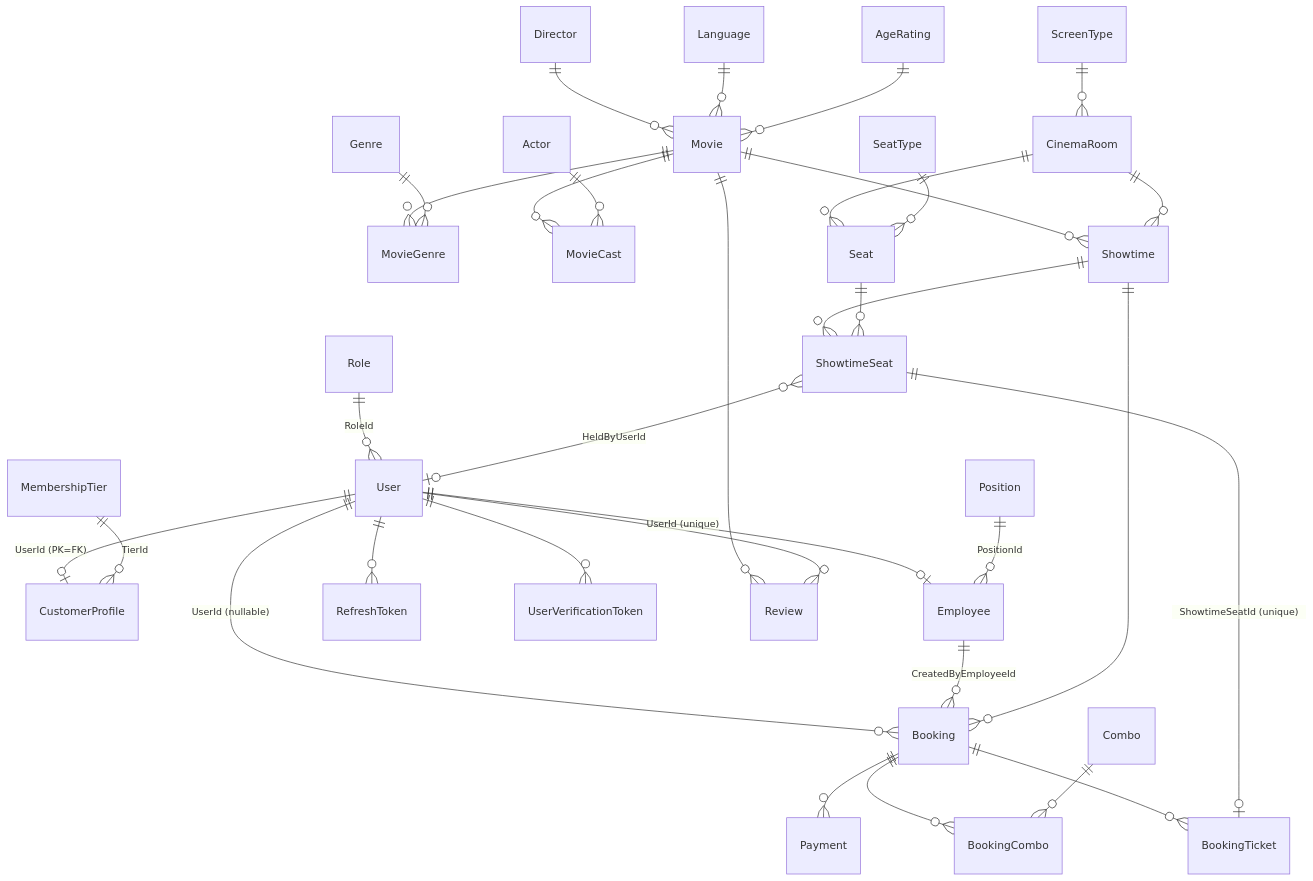
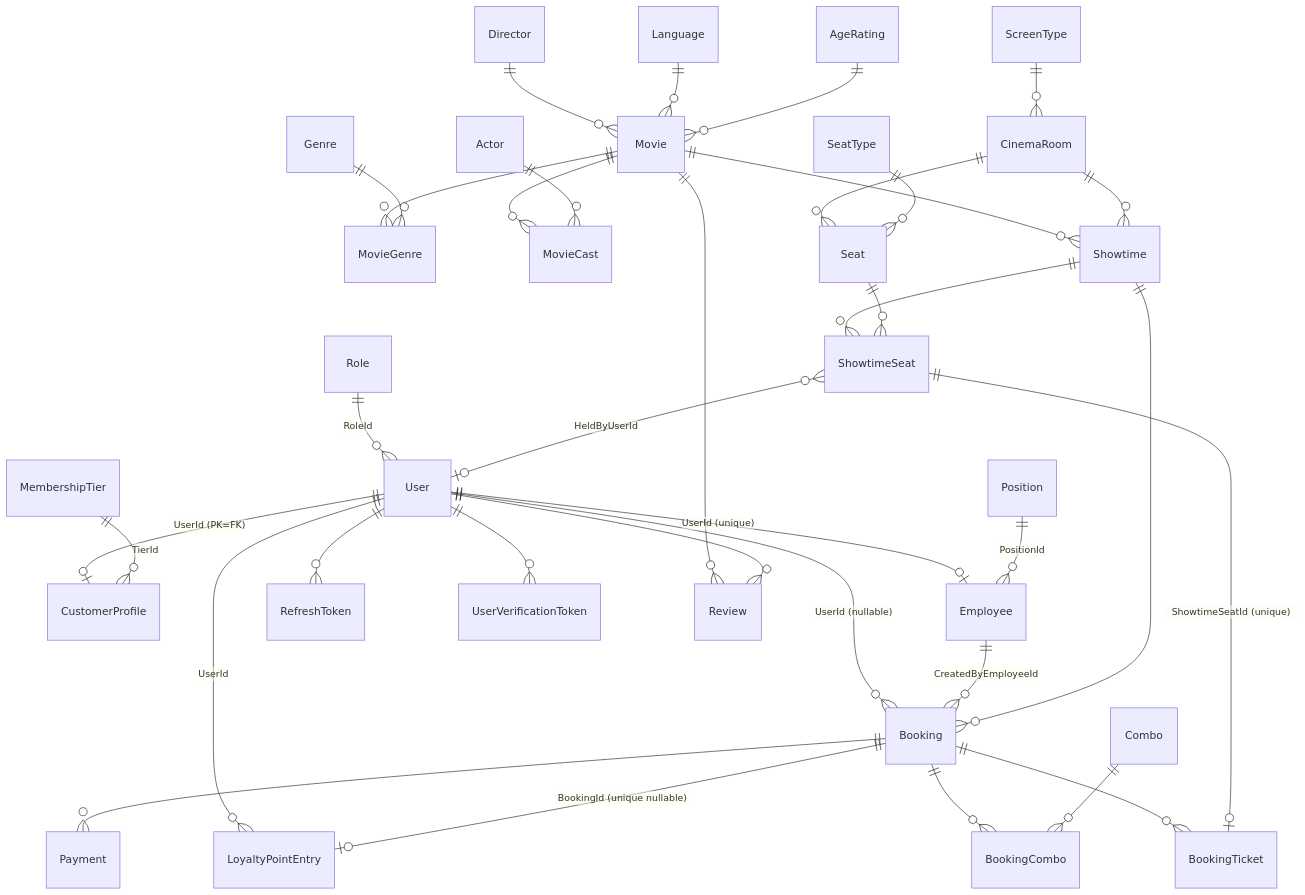
Before and after one commit to nguyenhiennnnn/cinema-v2: the second of 15 diagrams in docs/BUSINESS_OVERVIEW.md, drawn with Mermaid. The commit also changed other lines of this file and 6 other files, not shown here.

````diff
--- a/docs/BUSINESS_OVERVIEW.md
+++ b/docs/BUSINESS_OVERVIEW.md
@@ -529,35 +538,37 @@
 ```mermaid
 erDiagram
   Role ||--o{ User : "RoleId"
   User ||--o| CustomerProfile : "UserId (PK=FK)"
   User ||--o| Employee : "UserId (unique)"
   Position ||--o{ Employee : "PositionId"
   MembershipTier ||--o{ CustomerProfile : "TierId"
+  User ||--o{ LoyaltyPointEntry : "UserId"
   User ||--o{ RefreshToken : ""
   User ||--o{ UserVerificationToken : ""
   Movie ||--o{ MovieGenre : ""
   Genre ||--o{ MovieGenre : ""
   Movie ||--o{ MovieCast : ""
   Actor ||--o{ MovieCast : ""
   Director ||--o{ Movie : ""
   Language ||--o{ Movie : ""
   AgeRating ||--o{ Movie : ""
   Movie ||--o{ Review : ""
   User ||--o{ Review : ""
   ScreenType ||--o{ CinemaRoom : ""
   CinemaRoom ||--o{ Seat : ""
   SeatType ||--o{ Seat : ""
   Movie ||--o{ Showtime : ""
   CinemaRoom ||--o{ Showtime : ""
   Showtime ||--o{ ShowtimeSeat : ""
   Seat ||--o{ ShowtimeSeat : ""
   User ||--o{ Booking : "UserId (nullable)"
   Employee ||--o{ Booking : "CreatedByEmployeeId"
   Showtime ||--o{ Booking : ""
   Booking ||--o{ BookingTicket : ""
   ShowtimeSeat ||--o| BookingTicket : "ShowtimeSeatId (unique)"
   Booking ||--o{ BookingCombo : ""
   Combo ||--o{ BookingCombo : ""
   Booking ||--o{ Payment : ""
+  Booking ||--o| LoyaltyPointEntry : "BookingId (unique nullable)"
   ShowtimeSeat }o--o| User : "HeldByUserId"
 ```
````
